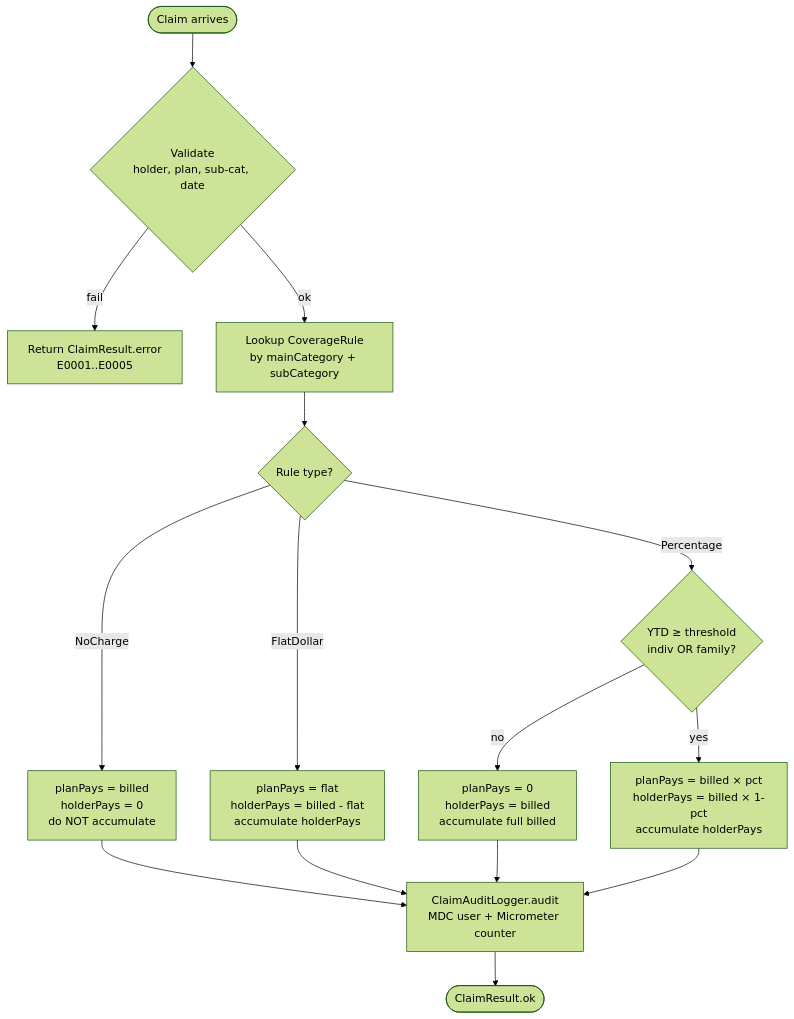
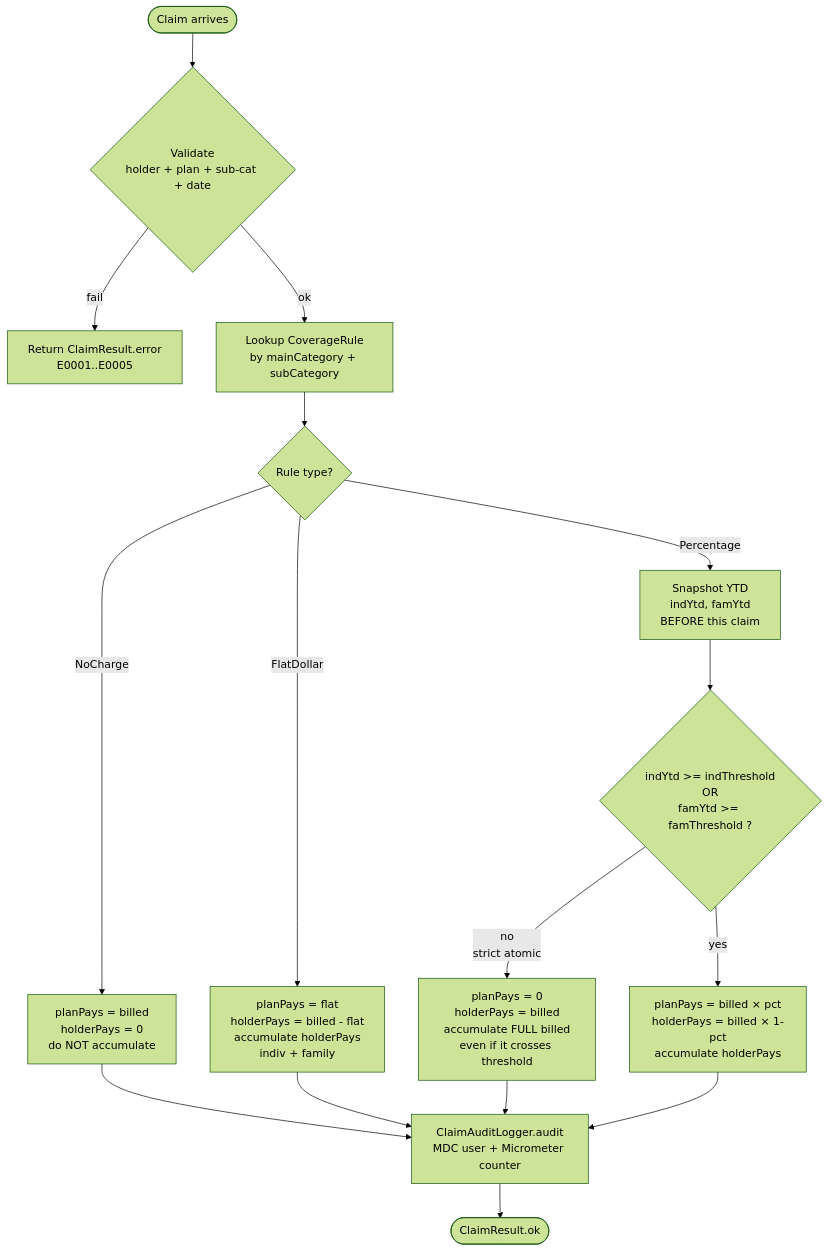
The sixth of 12 diagrams in ClaimsProcessor_DesignDocument.md (lokeshjpt/claims-svc), drawn with Mermaid (forest theme) before and after one commit. The commit also changed other lines of this file and 14 other files, not shown here.

````diff
--- a/ClaimsProcessor_DesignDocument.md
+++ b/ClaimsProcessor_DesignDocument.md
@@ -481,14 +581,15 @@
 ```mermaid
 flowchart TD
-    START([Claim arrives]) --> VAL{Validate<br/>holder, plan, sub-cat, date}
+    START([Claim arrives]) --> VAL{Validate<br/>holder + plan + sub-cat + date}
     VAL -- fail --> E[Return ClaimResult.error<br/>E0001..E0005]
     VAL -- ok --> LK[Lookup CoverageRule<br/>by mainCategory + subCategory]
     LK --> KIND{Rule type?}
     KIND -- NoCharge --> NC[planPays = billed<br/>holderPays = 0<br/>do NOT accumulate]
-    KIND -- FlatDollar --> FD[planPays = flat<br/>holderPays = billed - flat<br/>accumulate holderPays]
-    KIND -- Percentage --> PCT{YTD ≥ threshold<br/>indiv OR family?}
-    PCT -- no --> BEFORE[planPays = 0<br/>holderPays = billed<br/>accumulate full billed]
+    KIND -- FlatDollar --> FD[planPays = flat<br/>holderPays = billed - flat<br/>accumulate holderPays<br/>indiv + family]
+    KIND -- Percentage --> SNAP[Snapshot YTD<br/>indYtd, famYtd<br/>BEFORE this claim]
+    SNAP --> PCT{indYtd >= indThreshold<br/>OR<br/>famYtd >= famThreshold ?}
+    PCT -- no<br/>strict atomic --> BEFORE[planPays = 0<br/>holderPays = billed<br/>accumulate FULL billed<br/>even if it crosses threshold]
     PCT -- yes --> AFTER[planPays = billed × pct<br/>holderPays = billed × 1-pct<br/>accumulate holderPays]
     NC & FD & BEFORE & AFTER --> AUD[ClaimAuditLogger.audit<br/>MDC user + Micrometer counter]
     AUD --> OUT([ClaimResult.ok])
 ```
````
